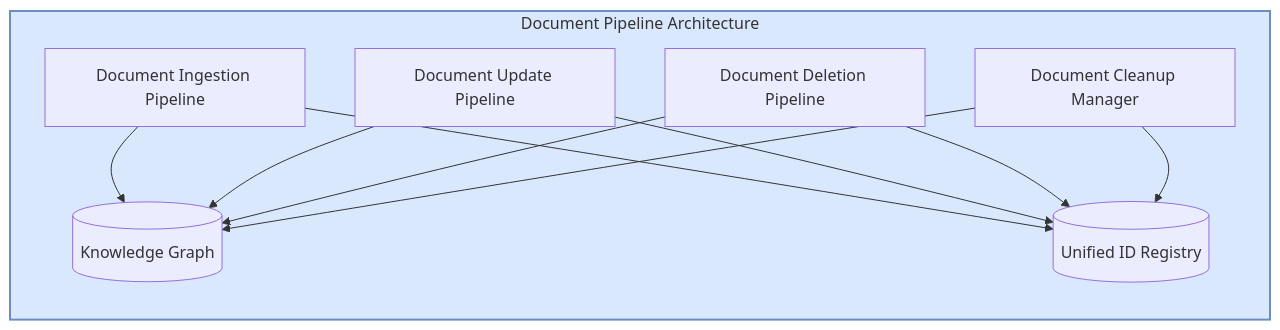
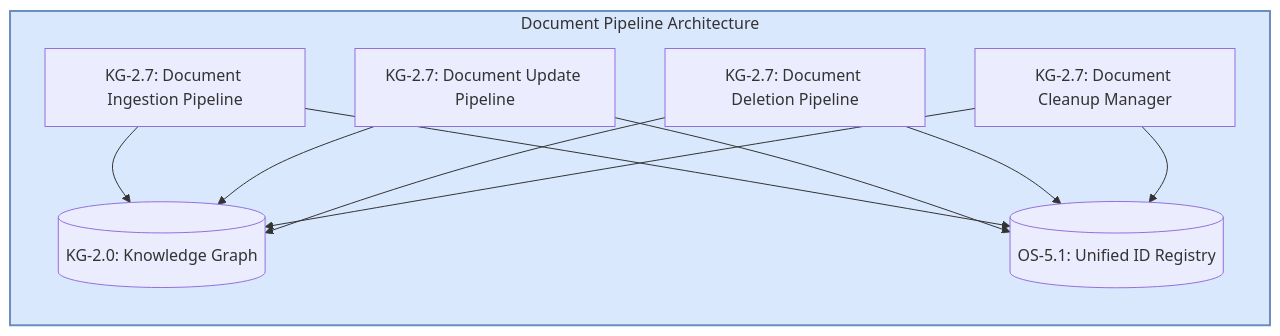
Before and after one commit to Knuckles-Team/agent-utilities: the third of 5 diagrams in docs/guides/knowledge-graph.md, drawn with Mermaid. The commit also changed other lines of this file and 325 other files, not shown here.

````diff
--- a/docs/guides/knowledge-graph.md
+++ b/docs/guides/knowledge-graph.md
@@ -326,24 +326,24 @@
 ```mermaid
 graph TD
     subgraph Document_Pipeline ["Document Pipeline Architecture"]
         direction TB
-        Ingest[Document Ingestion Pipeline]
-        Update[Document Update Pipeline]
-        Delete[Document Deletion Pipeline]
-        Cleanup[Document Cleanup Manager]
+        Ingest[KG-2.7: Document Ingestion Pipeline]
+        Update[KG-2.7: Document Update Pipeline]
+        Delete[KG-2.7: Document Deletion Pipeline]
+        Cleanup[KG-2.7: Document Cleanup Manager]
 
-        Ingest --> KGNode[("Knowledge Graph")]
-        Ingest --> IDReg[("Unified ID Registry")]
+        Ingest --> KGNode[("KG-2.0: Knowledge Graph")]
+        Ingest --> IDReg[("OS-5.1: Unified ID Registry")]
 
         Update --> KGNode
         Update --> IDReg
 
         Delete --> KGNode
         Delete --> IDReg
 
         Cleanup --> KGNode
         Cleanup --> IDReg
     end
 
     style Document_Pipeline fill:#dae8fe,stroke:#6c8ebf,stroke-width:2px
 ```
````
